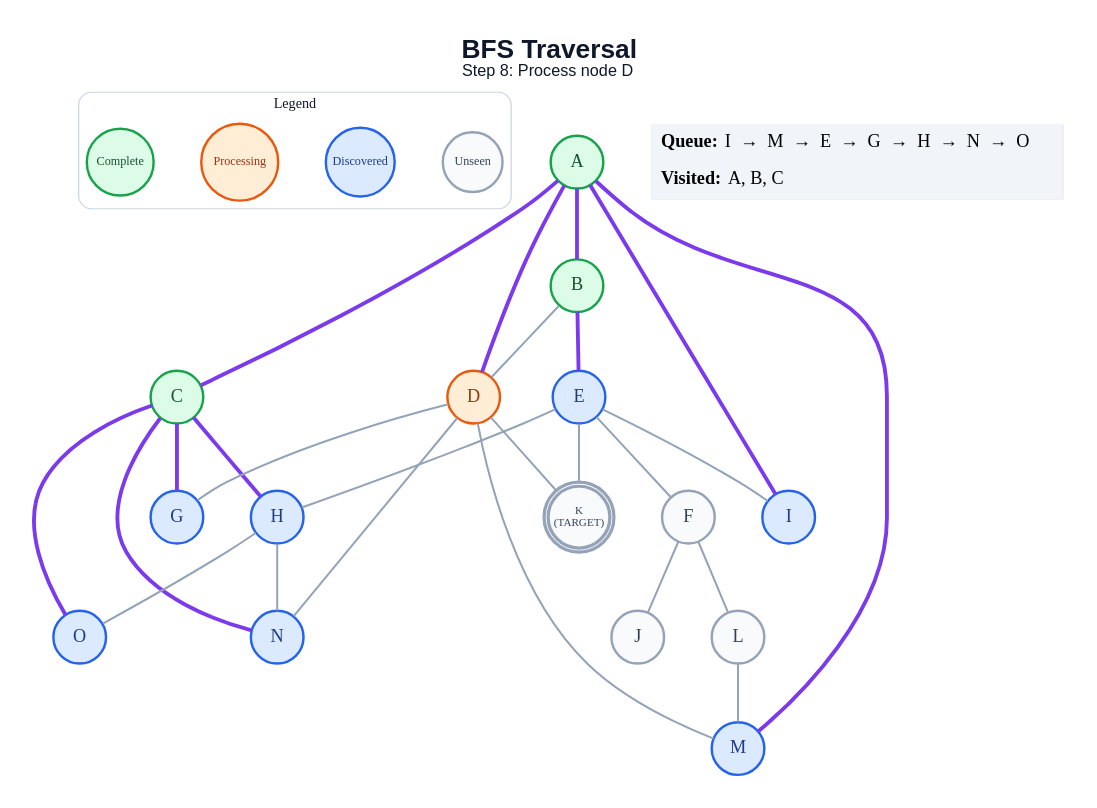
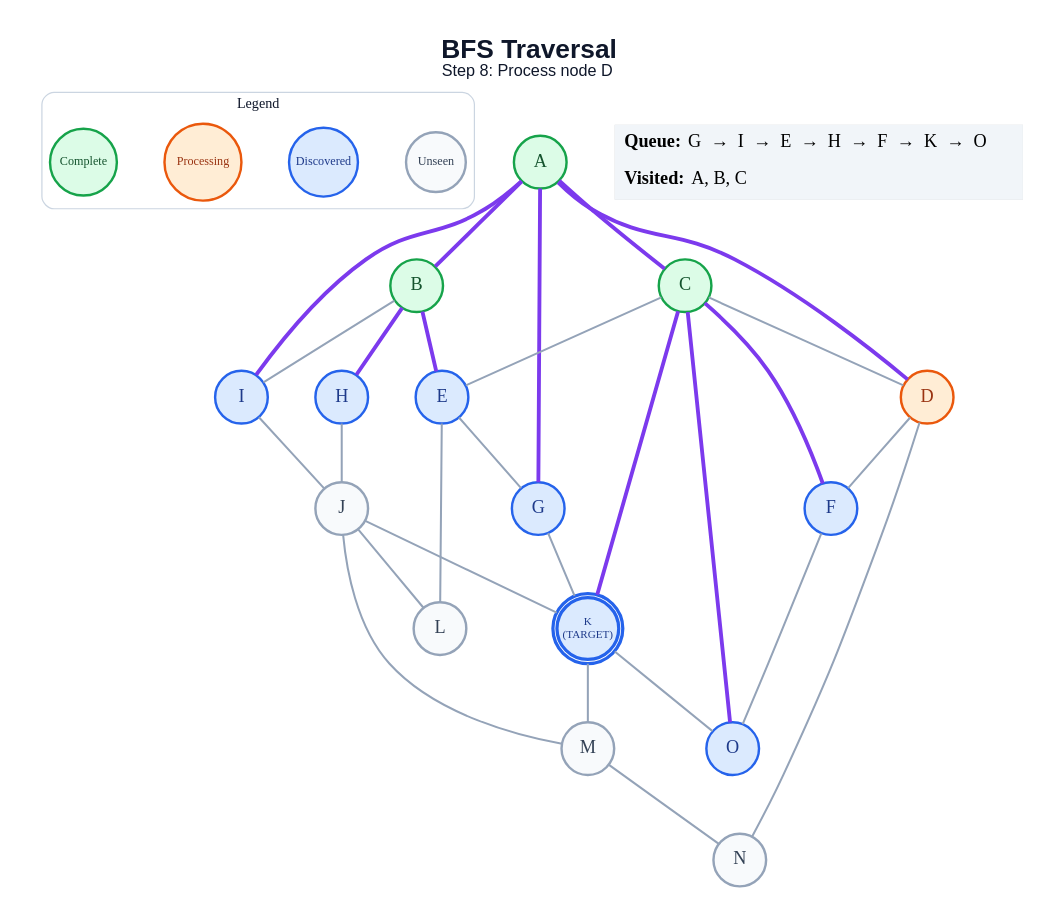
Before and after one commit to anon7238593-create/ai-slop: the diagram in generated/bfs/step_08.dot, drawn with Graphviz. The commit also changed 249 other files, not shown here.

```diff
--- a/generated/bfs/step_08.dot
+++ b/generated/bfs/step_08.dot
@@ -1,58 +1,61 @@
 graph traversal {
   graph [layout=dot, rankdir=TB, bgcolor="#FFFFFF", pad="0.35", nodesep="0.65", ranksep="0.8", fontname="Arial"];
   node [shape=circle, style="filled", fontname="Arial Bold", fontsize=18, width=0.72, fixedsize=true, penwidth=2.4];
   edge [color="#94A3B8", penwidth=2.0];
   label=<<B>BFS Traversal</B><BR/><FONT POINT-SIZE="16">Step 8: Process node D</FONT>>; labelloc="t"; fontsize=26; fontname="Arial"; fontcolor="#0F172A";
   subgraph cluster_legend { label="Legend"; color="#CBD5E1"; penwidth=1.2; style="rounded"; fontsize=14; fontname="Arial Bold";
     key_unseen [label="Unseen", fillcolor="#F8FAFC", color="#94A3B8", fontcolor="#334155", fontsize=12, width=0.82];
     key_frontier [label="Discovered", fillcolor="#DBEAFE", color="#2563EB", fontcolor="#1E3A8A", fontsize=12, width=0.95];
     key_current [label="Processing", fillcolor="#FFEDD5", color="#EA580C", fontcolor="#9A3412", fontsize=12, width=1.05];
     key_done [label="Complete", fillcolor="#DCFCE7", color="#16A34A", fontcolor="#14532D", fontsize=12, width=0.92];
     { rank=same; key_unseen; key_frontier; key_current; key_done; }
   }
   A [label="A", fillcolor="#DCFCE7", color="#16A34A", fontcolor="#14532D", peripheries=1, penwidth=2.4];
   B [label="B", fillcolor="#DCFCE7", color="#16A34A", fontcolor="#14532D", peripheries=1, penwidth=2.4];
   C [label="C", fillcolor="#DCFCE7", color="#16A34A", fontcolor="#14532D", peripheries=1, penwidth=2.4];
   D [label="D", fillcolor="#FFEDD5", color="#EA580C", fontcolor="#9A3412", peripheries=1, penwidth=2.4];
   E [label="E", fillcolor="#DBEAFE", color="#2563EB", fontcolor="#1E3A8A", peripheries=1, penwidth=2.4];
-  F [label="F", fillcolor="#F8FAFC", color="#94A3B8", fontcolor="#334155", peripheries=1, penwidth=2.4];
+  F [label="F", fillcolor="#DBEAFE", color="#2563EB", fontcolor="#1E3A8A", peripheries=1, penwidth=2.4];
   G [label="G", fillcolor="#DBEAFE", color="#2563EB", fontcolor="#1E3A8A", peripheries=1, penwidth=2.4];
   H [label="H", fillcolor="#DBEAFE", color="#2563EB", fontcolor="#1E3A8A", peripheries=1, penwidth=2.4];
   I [label="I", fillcolor="#DBEAFE", color="#2563EB", fontcolor="#1E3A8A", peripheries=1, penwidth=2.4];
   J [label="J", fillcolor="#F8FAFC", color="#94A3B8", fontcolor="#334155", peripheries=1, penwidth=2.4];
-  K [label="K\n(TARGET)", fillcolor="#F8FAFC", color="#94A3B8", fontcolor="#334155", peripheries=2, penwidth=3.2, fontsize=11, width=0.85, height=0.85];
+  K [label="K\n(TARGET)", fillcolor="#DBEAFE", color="#2563EB", fontcolor="#1E3A8A", peripheries=2, penwidth=3.2, fontsize=11, width=0.85, height=0.85];
   L [label="L", fillcolor="#F8FAFC", color="#94A3B8", fontcolor="#334155", peripheries=1, penwidth=2.4];
-  M [label="M", fillcolor="#DBEAFE", color="#2563EB", fontcolor="#1E3A8A", peripheries=1, penwidth=2.4];
-  N [label="N", fillcolor="#DBEAFE", color="#2563EB", fontcolor="#1E3A8A", peripheries=1, penwidth=2.4];
+  M [label="M", fillcolor="#F8FAFC", color="#94A3B8", fontcolor="#334155", peripheries=1, penwidth=2.4];
+  N [label="N", fillcolor="#F8FAFC", color="#94A3B8", fontcolor="#334155", peripheries=1, penwidth=2.4];
   O [label="O", fillcolor="#DBEAFE", color="#2563EB", fontcolor="#1E3A8A", peripheries=1, penwidth=2.4];
   A -- B [color="#7C3AED", penwidth=3.8];
   A -- C [color="#7C3AED", penwidth=3.8];
   A -- D [color="#7C3AED", penwidth=3.8];
+  A -- G [color="#7C3AED", penwidth=3.8];
   A -- I [color="#7C3AED", penwidth=3.8];
-  A -- M [color="#7C3AED", penwidth=3.8];
-  B -- D;
   B -- E [color="#7C3AED", penwidth=3.8];
-  C -- G [color="#7C3AED", penwidth=3.8];
-  C -- H [color="#7C3AED", penwidth=3.8];
-  C -- N [color="#7C3AED", penwidth=3.8];
+  B -- H [color="#7C3AED", penwidth=3.8];
+  B -- I;
+  C -- D;
+  C -- E;
+  C -- F [color="#7C3AED", penwidth=3.8];
+  C -- K [color="#7C3AED", penwidth=3.8];
   C -- O [color="#7C3AED", penwidth=3.8];
-  D -- G;
-  D -- K;
-  D -- M;
+  D -- F;
   D -- N;
-  E -- F;
-  E -- H;
-  E -- I;
-  E -- K;
-  F -- J;
-  F -- L;
-  H -- N;
-  H -- O;
-  L -- M;
+  E -- G;
+  E -- L;
+  F -- O;
+  G -- K;
+  H -- J;
+  I -- J;
+  J -- K;
+  J -- L;
+  J -- M;
+  K -- M;
+  K -- O;
+  M -- N;
   status [shape=plain, fixedsize=false, width=0, height=0, margin=0, label=<
     <TABLE BORDER="0" CELLBORDER="0" CELLPADDING="7" BGCOLOR="#F1F5F9">
-      <TR><TD ALIGN="LEFT"><B>Queue:</B> I  →  M  →  E  →  G  →  H  →  N  →  O</TD></TR>
+      <TR><TD ALIGN="LEFT"><B>Queue:</B> G  →  I  →  E  →  H  →  F  →  K  →  O</TD></TR>
       <TR><TD ALIGN="LEFT"><B>Visited:</B> A, B, C</TD></TR>
     </TABLE>
   >];
 }
```
